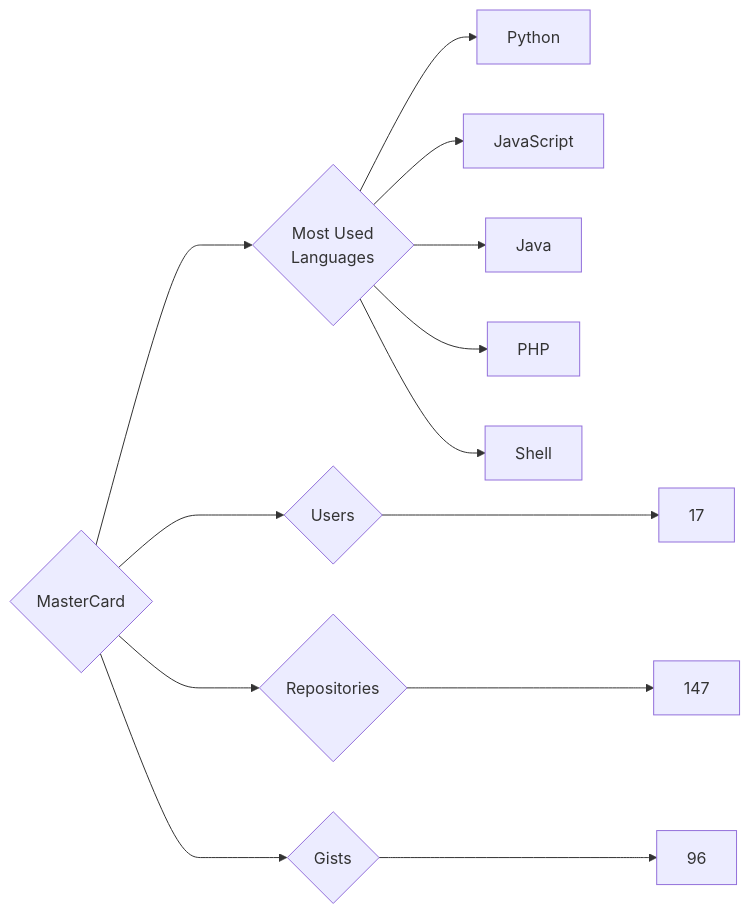
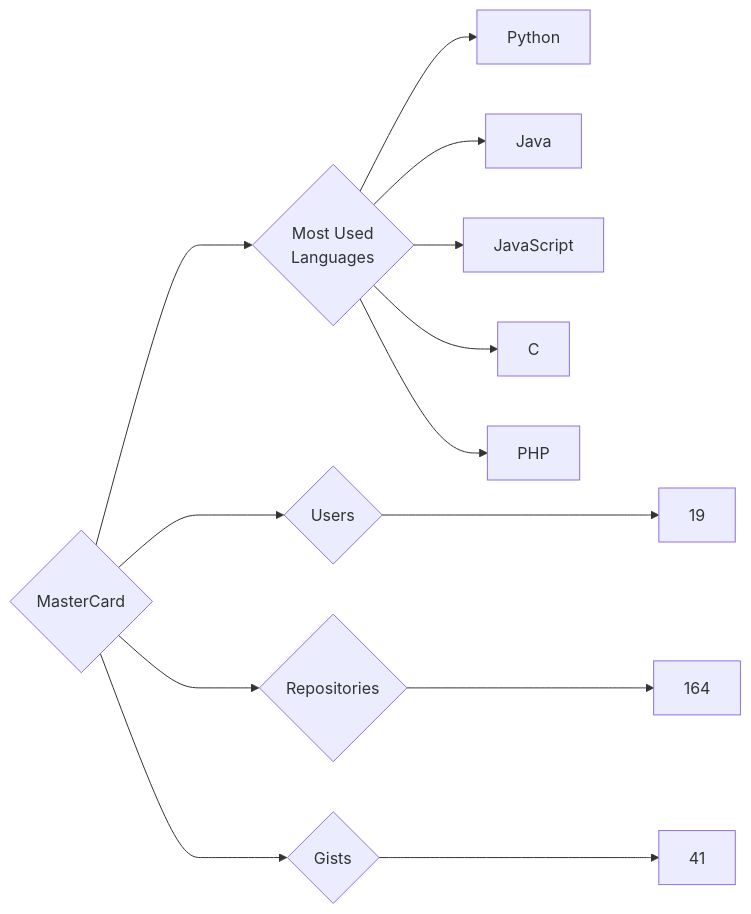
The diagram in targets/MasterCard/README.md (trickest/insiders), drawn with Mermaid before and after one commit. The commit also changed 948 other files, not shown here.

````diff
--- a/targets/MasterCard/README.md
+++ b/targets/MasterCard/README.md
@@ -3,13 +3,13 @@
 ```mermaid
 graph LR
 COMPANY_NAME{MasterCard}
-COMPANY_NAME ---> U{Users} ---> UN[17]
-COMPANY_NAME ---> R{Repositories} ---> RN[147]
-COMPANY_NAME ---> G{Gists} ---> GN[96]
+COMPANY_NAME ---> U{Users} ---> UN[19]
+COMPANY_NAME ---> R{Repositories} ---> RN[164]
+COMPANY_NAME ---> G{Gists} ---> GN[41]
 COMPANY_NAME ---> ML{Most Used<br>Languages}
 ML --> Python[Python]
+ML --> Java[Java]
 ML --> JavaScript[JavaScript]
-ML --> Java[Java]
+ML --> C[C]
 ML --> PHP[PHP]
-ML --> Shell[Shell]
 ```
````
